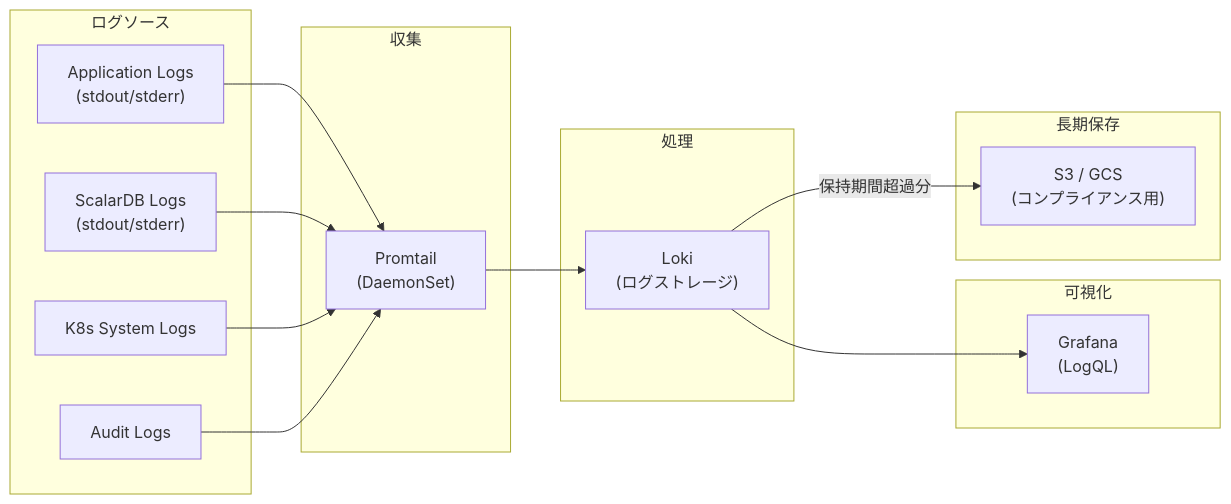
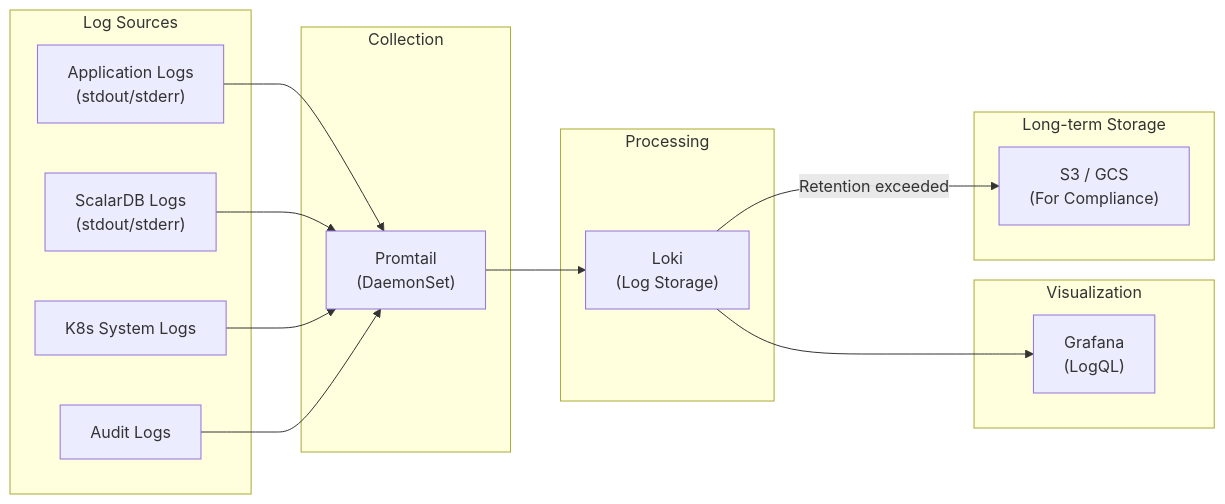
One commit to wfukatsu/nexus-architect changed the second of 6 diagrams in workflow/greenfield/09_observability_design.md. Above: the diagram before and after it, drawn with Mermaid. The commit also changed other lines of this file and 6 other files, not shown here.

````diff
--- a/workflow/greenfield/09_observability_design.md
+++ b/workflow/greenfield/09_observability_design.md
@@ -218,33 +218,33 @@
 ```mermaid
 flowchart LR
-    subgraph Sources["ログソース"]
+    subgraph Sources["Log Sources"]
         APP_LOG["Application Logs<br/>(stdout/stderr)"]
         SDB_LOG["ScalarDB Logs<br/>(stdout/stderr)"]
         K8S_LOG["K8s System Logs"]
         AUDIT_LOG["Audit Logs"]
     end
 
-    subgraph Collection["収集"]
+    subgraph Collection["Collection"]
         PROMTAIL["Promtail<br/>(DaemonSet)"]
     end
 
-    subgraph Processing["処理"]
-        LOKI["Loki<br/>(ログストレージ)"]
+    subgraph Processing["Processing"]
+        LOKI["Loki<br/>(Log Storage)"]
     end
 
-    subgraph Visualization["可視化"]
+    subgraph Visualization["Visualization"]
         GRAFANA["Grafana<br/>(LogQL)"]
     end
 
-    subgraph Storage["長期保存"]
-        S3["S3 / GCS<br/>(コンプライアンス用)"]
+    subgraph Storage["Long-term Storage"]
+        S3["S3 / GCS<br/>(For Compliance)"]
     end
 
     APP_LOG --> PROMTAIL
     SDB_LOG --> PROMTAIL
     K8S_LOG --> PROMTAIL
     AUDIT_LOG --> PROMTAIL
     PROMTAIL --> LOKI
     LOKI --> GRAFANA
-    LOKI -->|"保持期間超過分"| S3
+    LOKI -->|"Retention exceeded"| S3
 ```
````
